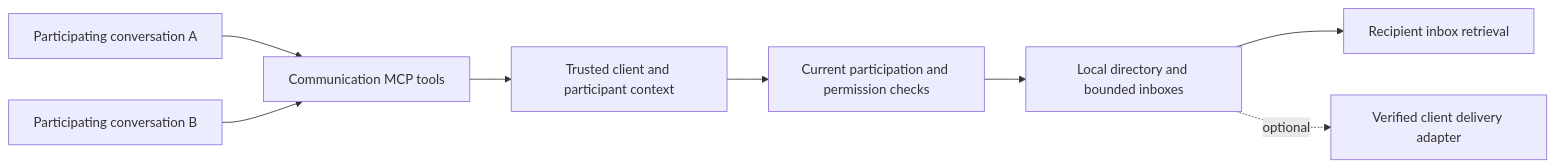
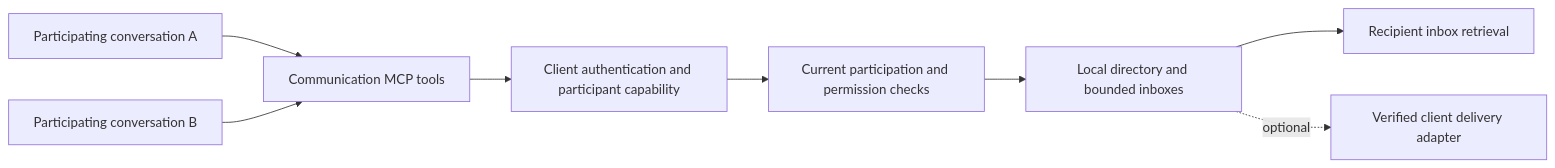
The diagram in plan/2026-10-29-SESSION_COMMUNICATION.md (LocalRouter/LocalRouter), drawn with Mermaid before and after one commit. The commit also changed other lines of this file, not shown here.

Commit message:
docs(plan): make session communication client neutral

````diff
--- a/plan/2026-10-29-SESSION_COMMUNICATION.md
+++ b/plan/2026-10-29-SESSION_COMMUNICATION.md
@@ -141,10 +148,10 @@
 ```mermaid
 flowchart LR
   A[Participating conversation A] --> T[Communication MCP tools]
   B[Participating conversation B] --> T
-  T --> C[Trusted client and participant context]
+  T --> C[Client authentication and participant capability]
   C --> P[Current participation and permission checks]
   P --> D[Local directory and bounded inboxes]
   D --> R[Recipient inbox retrieval]
   D -. optional .-> H[Verified client delivery adapter]
 ```
````
